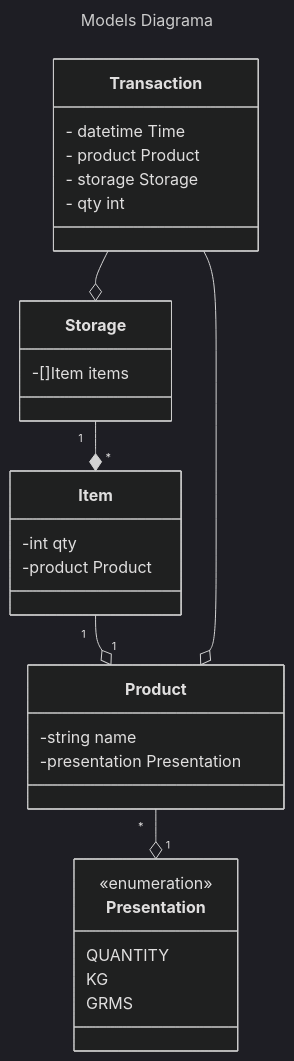
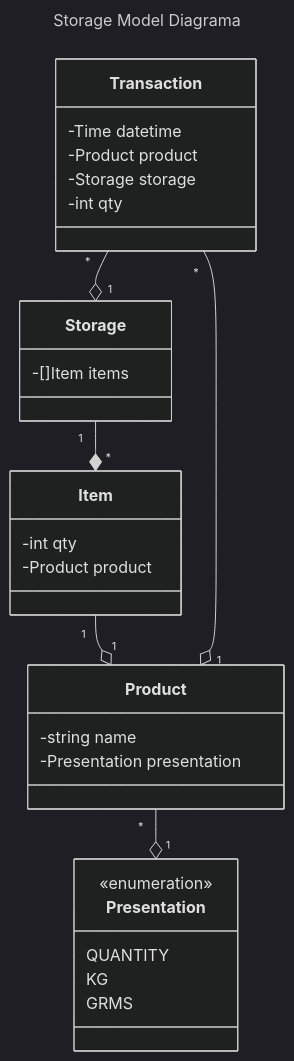
One commit to pablobastidasv/storage-management changed the first of 2 diagrams in README.md. Above: the diagram before and after it, drawn with Mermaid (dark theme). The commit also changed other lines of this file, not shown here.

````diff
--- a/README.md
+++ b/README.md
@@ -9,39 +9,38 @@
 ```mermaid
 ---
-title: Models Diagrama
+title: Storage Model Diagrama
 ---
 classDiagram
     class Storage {
-        -[]Item items 
+        -[]Item items
     }
     class Item {
         -int qty
-        -product Product
+        -Product product
     }
-    
+
     class Product {
         -string name
-        -presentation Presentation
+        -Presentation presentation
     }
-    
-    class Presentation{
+
+    class Presentation {
         <<enumeration>>
         QUANTITY
         KG
         GRMS
     }
-    
+
     class Transaction {
-        - datetime Time
-        - product Product
-        - storage Storage
-        - qty int
+        -Time datetime
+        -Product product
+        -Storage storage
+        -int qty
     }
-    
+
     Storage "1" --* "*" Item
     Item "1" --o "1" Product
     Product "*" --o "1" Presentation
-    
-    Transaction --o Product
-    Transaction --o Storage
+    Transaction "*" --o "1" Product
+    Transaction "*" --o "1" Storage
 ```
````
